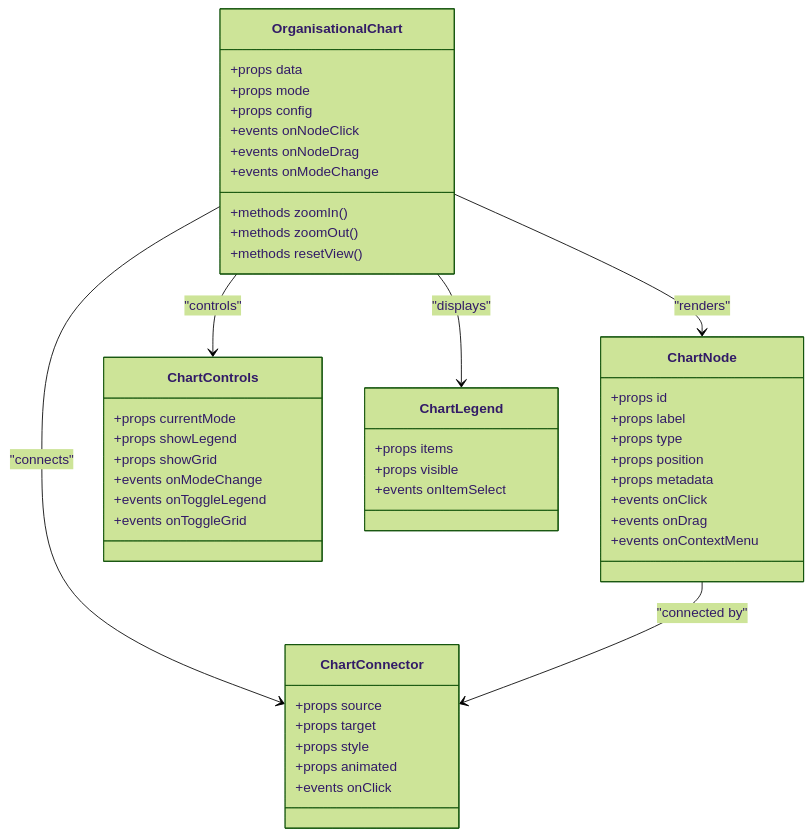
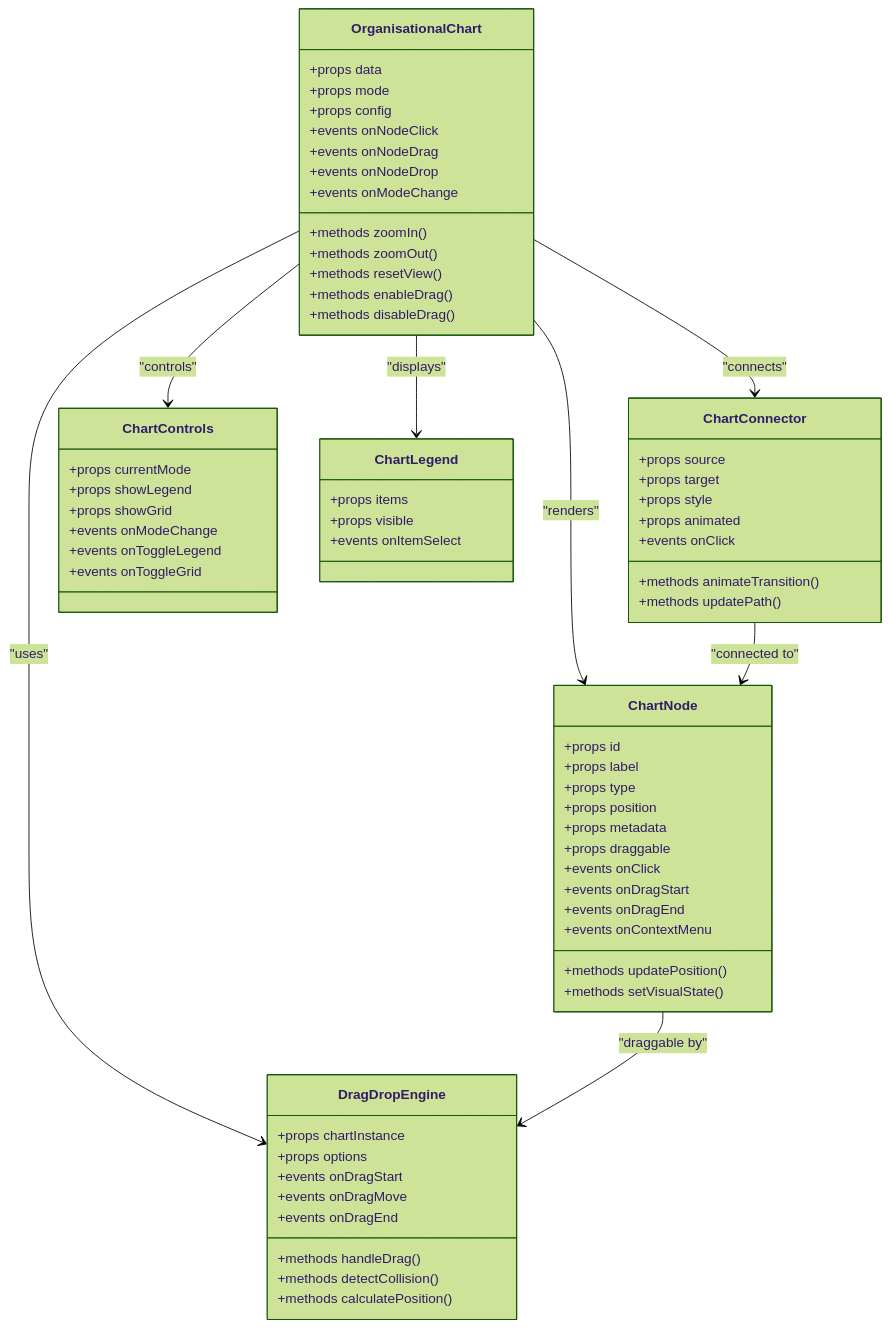
The third of 11 diagrams in .qoder/repowiki/en/content/System Architecture/Frontend Architecture/Component Architecture/Component Architecture.md (franckylab/eLISAschool), drawn with Mermaid (forest theme) before and after one commit. The commit also changed other lines of this file and 101 other files, not shown here.

First line of the commit message:
docs(architecture): document refonte de l’architecture backend et améliorations frontend

````diff
--- a/.qoder/repowiki/en/content/System Architecture/Frontend Architecture/Component Architecture/Component Architecture.md
+++ b/.qoder/repowiki/en/content/System Architecture/Frontend Architecture/Component Architecture/Component Architecture.md
@@ -220,49 +236,70 @@
 ```mermaid
 classDiagram
 class OrganisationalChart {
 +props data
 +props mode
 +props config
 +events onNodeClick
 +events onNodeDrag
++events onNodeDrop
 +events onModeChange
 +methods zoomIn()
 +methods zoomOut()
 +methods resetView()
++methods enableDrag()
++methods disableDrag()
 }
 class ChartNode {
 +props id
 +props label
 +props type
 +props position
 +props metadata
++props draggable
 +events onClick
-+events onDrag
++events onDragStart
++events onDragEnd
 +events onContextMenu
++methods updatePosition()
++methods setVisualState()
 }
 class ChartConnector {
 +props source
 +props target
 +props style
 +props animated
 +events onClick
++methods animateTransition()
++methods updatePath()
+}
+class DragDropEngine {
++props chartInstance
++props options
++events onDragStart
++events onDragMove
++events onDragEnd
++methods handleDrag()
++methods detectCollision()
++methods calculatePosition()
 }
 class ChartControls {
 +props currentMode
 +props showLegend
 +props showGrid
 +events onModeChange
 +events onToggleLegend
 +events onToggleGrid
 }
 class ChartLegend {
 +props items
 +props visible
 +events onItemSelect
 }
 OrganisationalChart --> ChartNode : "renders"
 OrganisationalChart --> ChartConnector : "connects"
 OrganisationalChart --> ChartControls : "controls"
 OrganisationalChart --> ChartLegend : "displays"
-ChartNode --> ChartConnector : "connected by"
+OrganisationalChart --> DragDropEngine : "uses"
+ChartNode --> DragDropEngine : "draggable by"
+ChartConnector --> ChartNode : "connected to"
 ```
````
